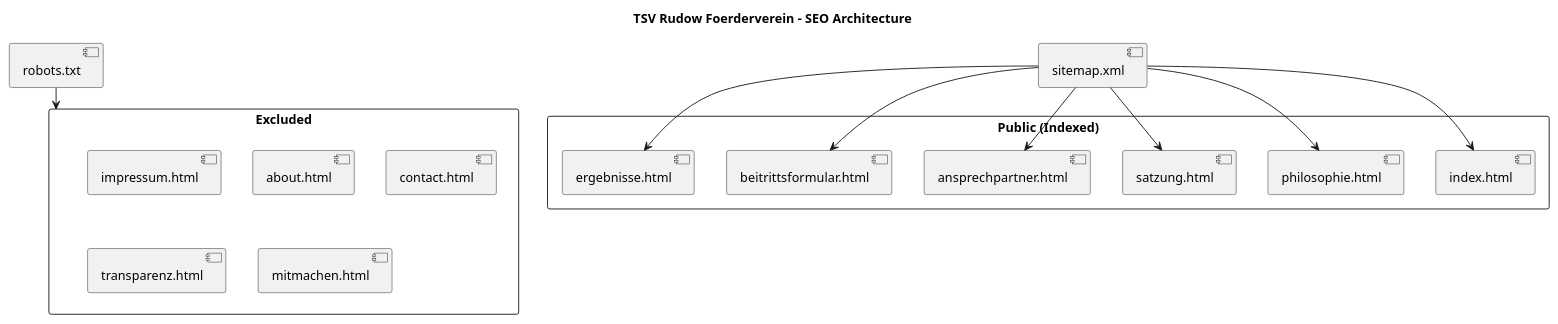
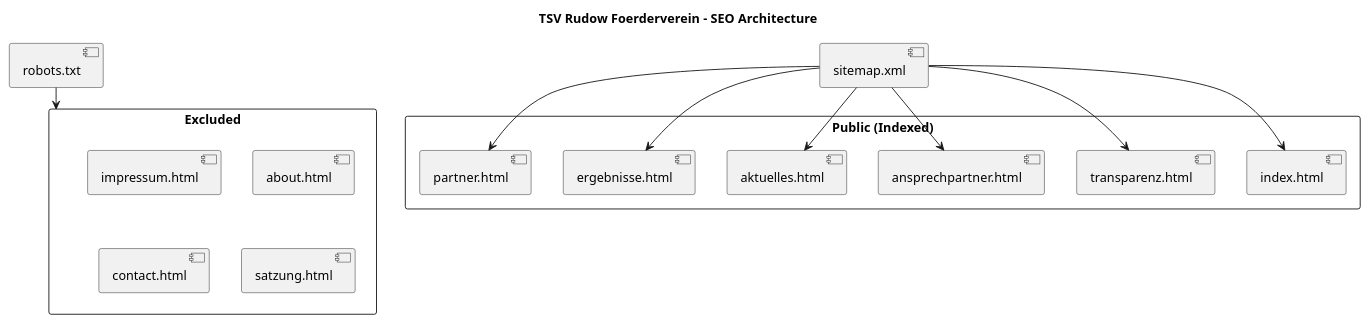
The diagram in docs/diagrams/seo-architecture.puml (iosan/tsv_rudow_fv), drawn with PlantUML before and after one commit. The commit also changed 10 other files, not shown here.

```diff
--- a/docs/diagrams/seo-architecture.puml
+++ b/docs/diagrams/seo-architecture.puml
@@ -1,30 +1,29 @@
 @startuml
 skinparam backgroundColor transparent
 title TSV Rudow Foerderverein - SEO Architecture
 
 rectangle "Public (Indexed)" {
   [index.html]
-  [philosophie.html]
-  [satzung.html]
+  [transparenz.html]
   [ansprechpartner.html]
-  [beitrittsformular.html]
+  [aktuelles.html]
   [ergebnisse.html]
+  [partner.html]
 }
 
 rectangle "Excluded" {
   [impressum.html]
   [about.html]
   [contact.html]
-  [transparenz.html]
-  [mitmachen.html]
+  [satzung.html]
 }
 
 [sitemap.xml] --> [index.html]
-[sitemap.xml] --> [philosophie.html]
-[sitemap.xml] --> [satzung.html]
+[sitemap.xml] --> [transparenz.html]
 [sitemap.xml] --> [ansprechpartner.html]
-[sitemap.xml] --> [beitrittsformular.html]
+[sitemap.xml] --> [aktuelles.html]
 [sitemap.xml] --> [ergebnisse.html]
+[sitemap.xml] --> [partner.html]
 
 [robots.txt] --> [Excluded]
 @enduml
```
